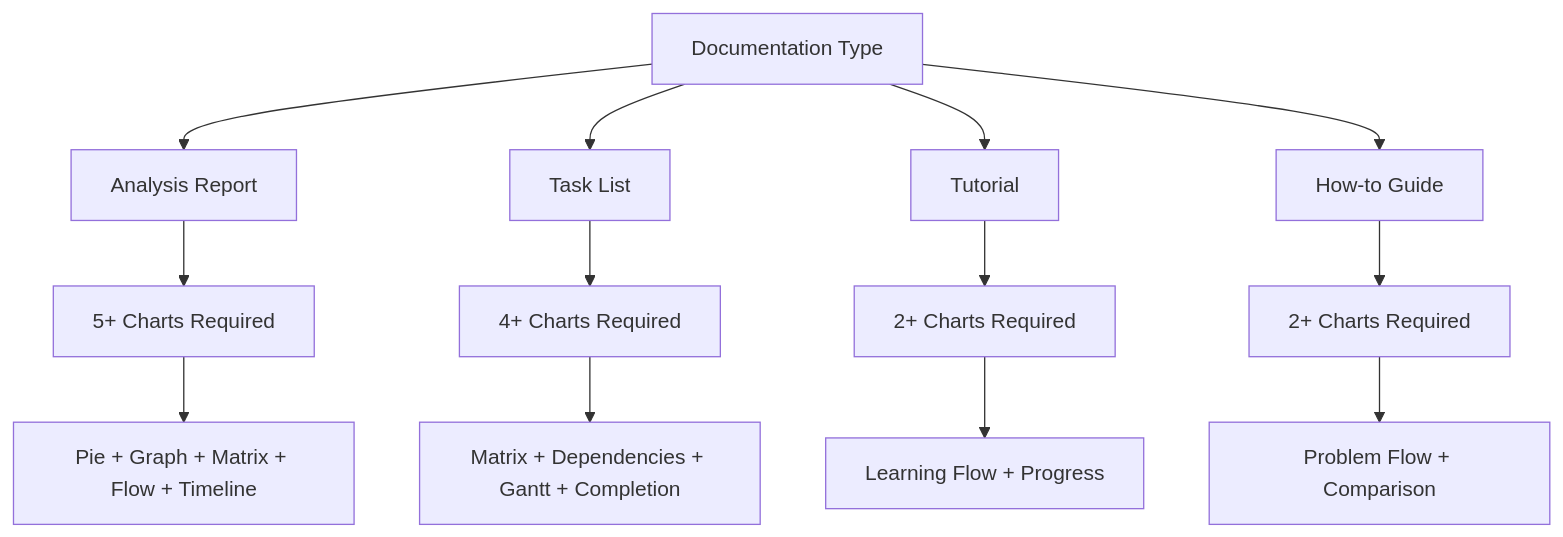
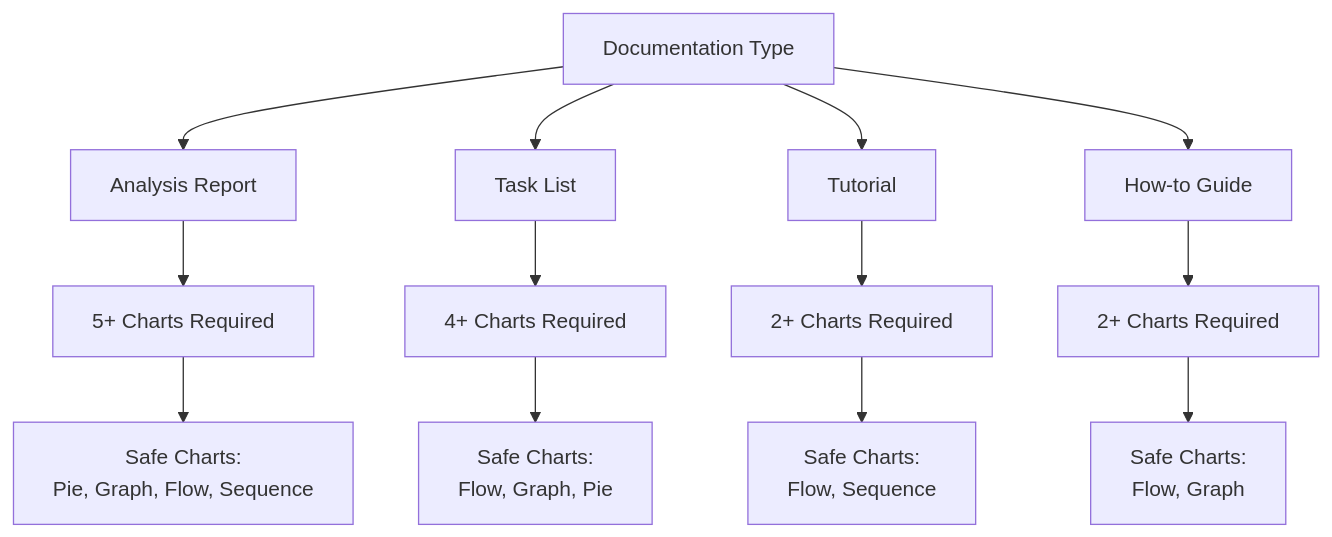
Before and after one commit to positivemultiplier/posmul: the third of 5 diagrams in docs/reports/rule.md, drawn with Mermaid. The commit also changed other lines of this file and 67 other files, not shown here.

````diff
--- a/docs/reports/rule.md
+++ b/docs/reports/rule.md
@@ -246,17 +246,17 @@
 ```mermaid
 graph TD
     A[Documentation Type] --> B[Analysis Report]
     A --> C[Task List]
     A --> D[Tutorial]
     A --> E[How-to Guide]
 
     B --> F[5+ Charts Required]
     C --> G[4+ Charts Required]
     D --> H[2+ Charts Required]
     E --> I[2+ Charts Required]
 
-    F --> J[Pie + Graph + Matrix + Flow + Timeline]
-    G --> K[Matrix + Dependencies + Gantt + Completion]
-    H --> L[Learning Flow + Progress]
-    I --> M[Problem Flow + Comparison]
+    F --> J["Safe Charts:<br/>Pie, Graph, Flow, Sequence"]
+    G --> K["Safe Charts:<br/>Flow, Graph, Pie"]
+    H --> L["Safe Charts:<br/>Flow, Sequence"]
+    I --> M["Safe Charts:<br/>Flow, Graph"]
 ```
````
